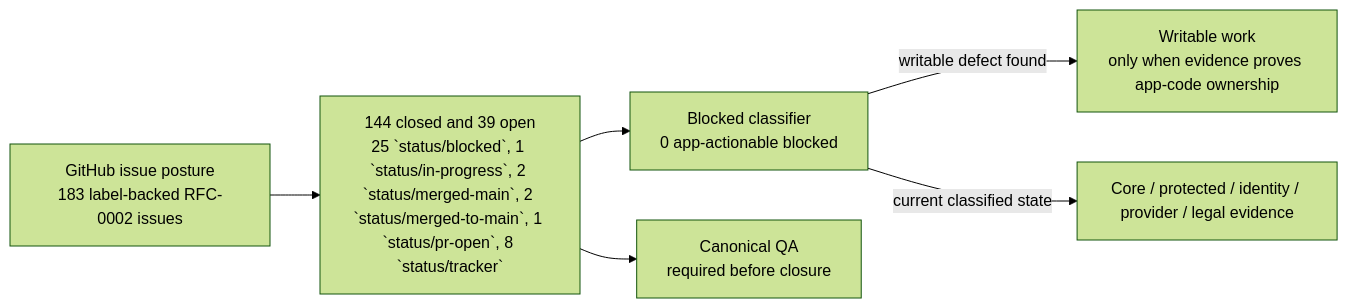
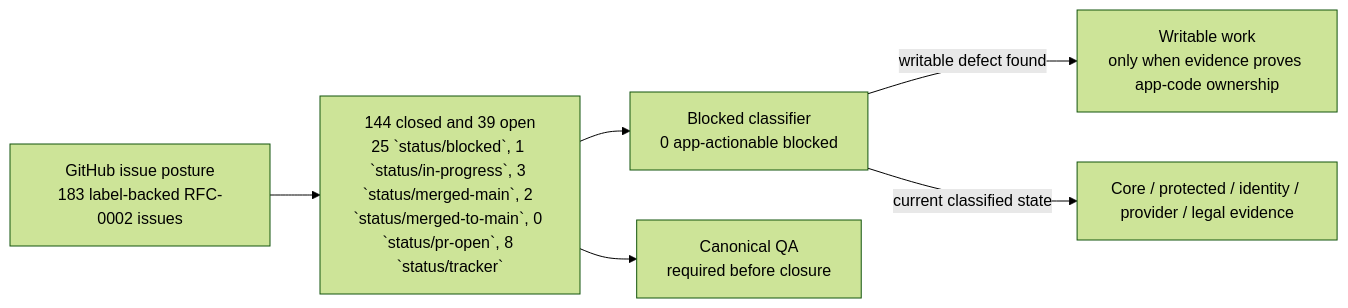
The first of 2 diagrams in wiki/RFC-0002-Execution-Status.md (sgajbi/lotus-idea), drawn with Mermaid (forest theme) before and after one commit. The commit also changed other lines of this file and 7 other files, not shown here.

Commit message:
docs: sync issue 1040 merged-main posture

````diff
--- a/wiki/RFC-0002-Execution-Status.md
+++ b/wiki/RFC-0002-Execution-Status.md
@@ -39,15 +39,15 @@
 ```mermaid
 flowchart LR
     Issues["GitHub issue posture<br/>183 label-backed RFC-0002 issues"]
-    Open["144 closed and 39 open<br/>25 `status/blocked`, 1 `status/in-progress`, 2 `status/merged-main`, 2 `status/merged-to-main`, 1 `status/pr-open`, 8 `status/tracker`"]
+    Open["144 closed and 39 open<br/>25 `status/blocked`, 1 `status/in-progress`, 3 `status/merged-main`, 2 `status/merged-to-main`, 0 `status/pr-open`, 8 `status/tracker`"]
     Blocked["Blocked classifier<br/>0 app-actionable blocked"]
     Work["Writable work<br/>only when evidence proves app-code ownership"]
     External["Core / protected / identity / provider / legal evidence"]
     QA["Canonical QA<br/>required before closure"]
 
     Issues --> Open
     Open --> Blocked
     Blocked -->|"writable defect found"| Work
     Blocked -->|"current classified state"| External
     Open --> QA
 ```
````
